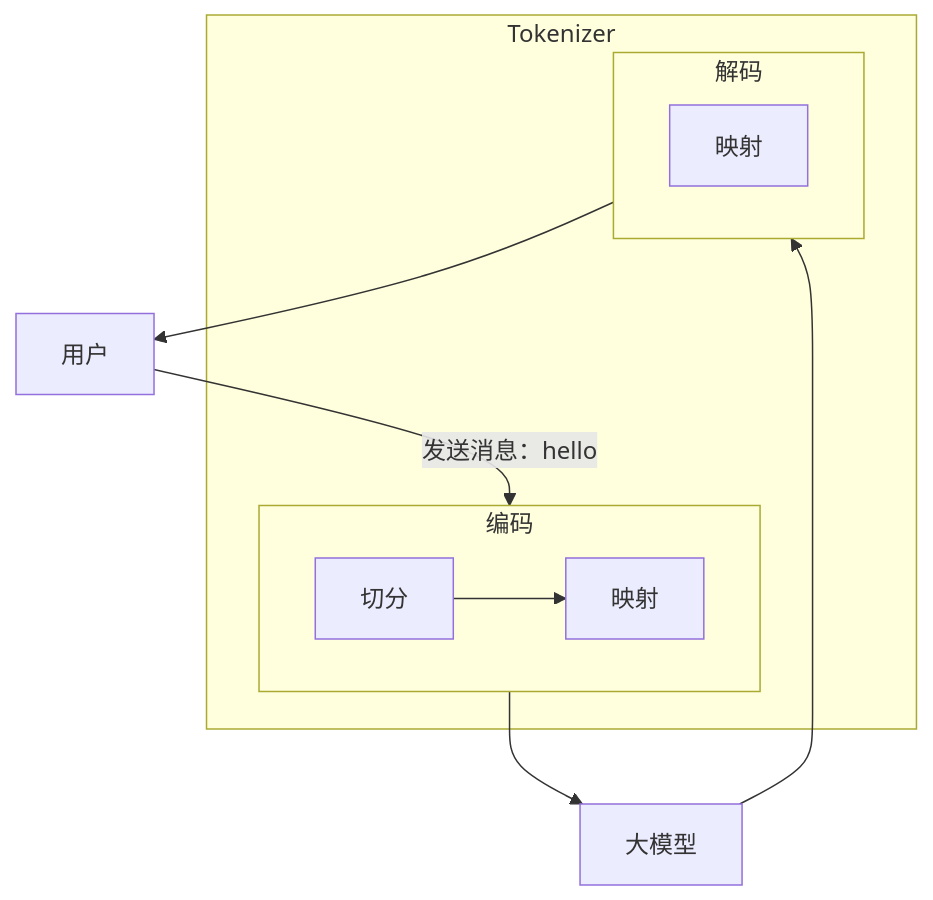
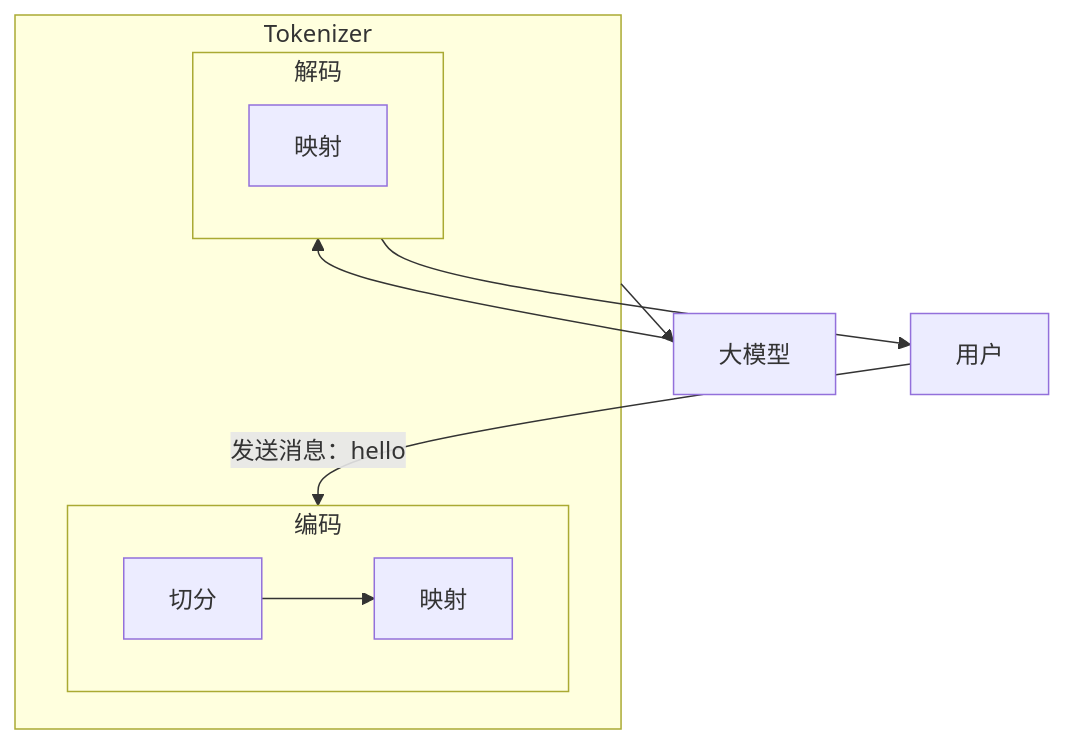
One commit to wangxiaoqi0123/iodraw-files changed the diagram in all/未命名.md. Above: the diagram before and after it, drawn with Mermaid.

Commit message:
2026-04-09 16:59:43 update

````diff
--- a/all/未命名.md
+++ b/all/未命名.md
@@ -1,28 +1,28 @@
 ```mermaid
 flowchart 
     U[用户]
     M[大模型]
 
     %% 外层包裹：文本处理阶段
     subgraph Pipeline[Tokenizer]
         
         %% 编码模块
         subgraph Encoder[编码]
             E1[切分]
             E2[映射]
         end
 
         %% 解码模块
         subgraph Decoder[解码]
             D1[映射]
         end
 
     end
 
     %% 流程连接
     U -- 发送消息：hello --> Encoder
     E1 --> E2
-    Encoder --> M
+    Pipeline --> M
     M --> Decoder
     Decoder --> U
 ```
````
